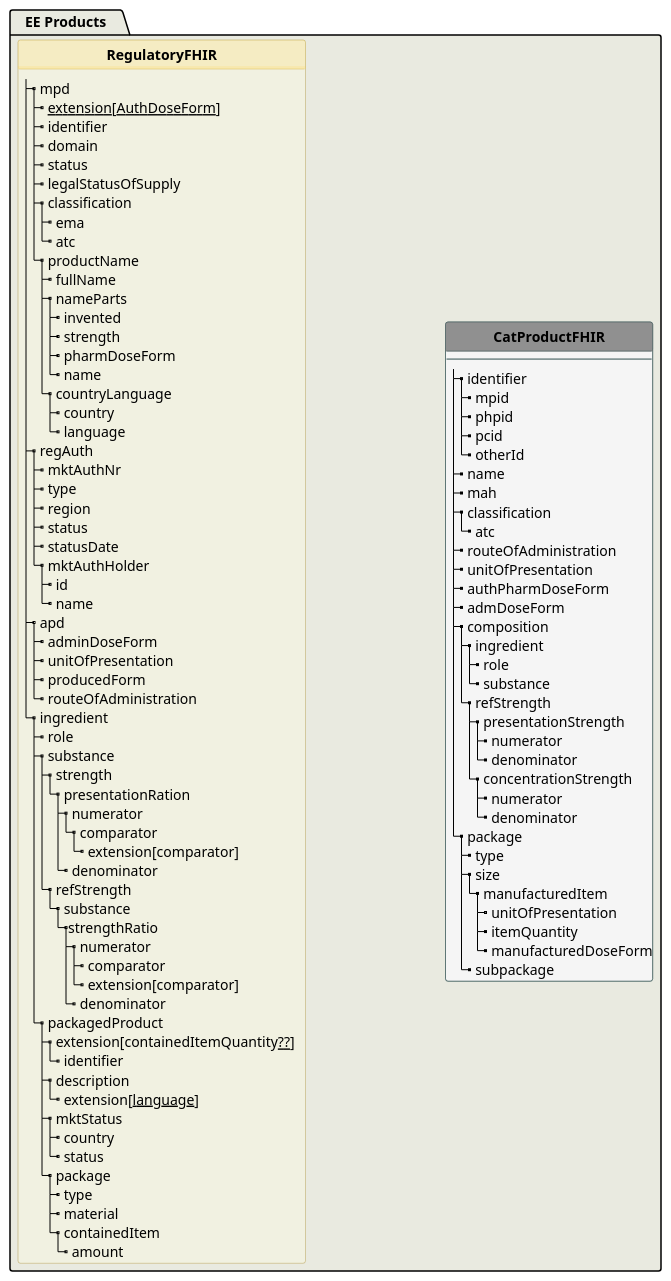
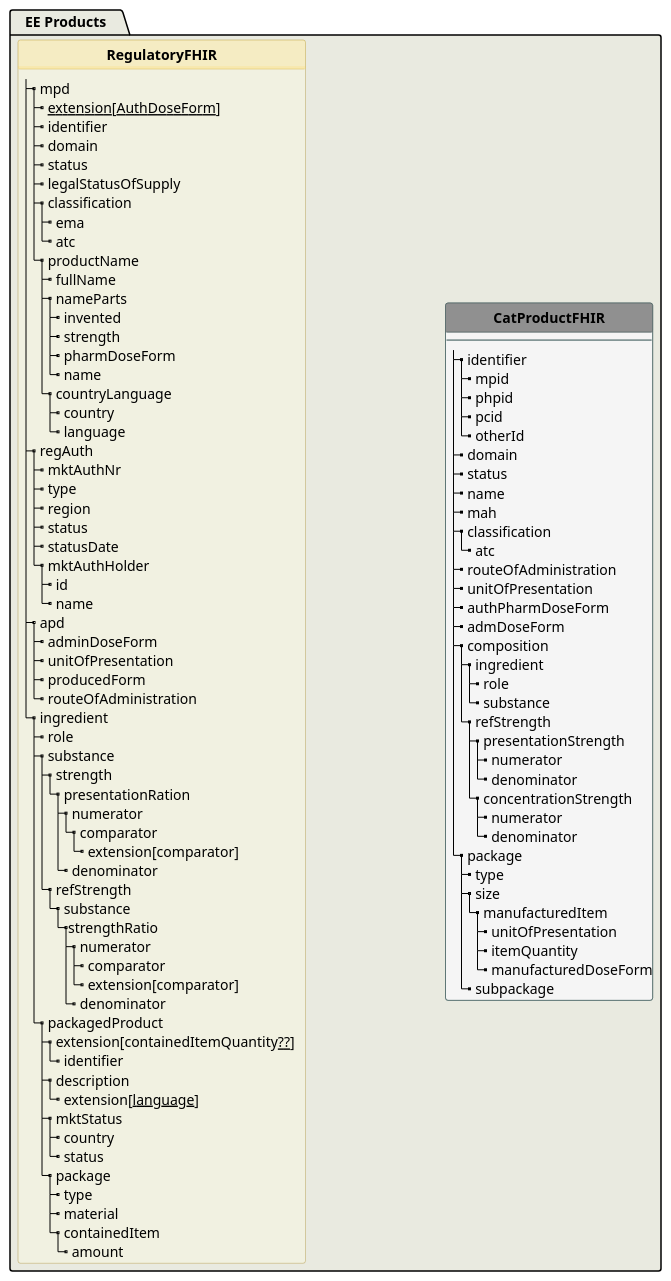
Before and after one commit to medigree/mpd5: the diagram in input/images-source/ee_product.plantuml, drawn with PlantUML.

```diff
--- a/input/images-source/ee_product.plantuml
+++ b/input/images-source/ee_product.plantuml
@@ -1,166 +1,168 @@
 @startuml
 hide stereotype
 hide circle
 skinparam linetype polyline
 skinparam shadowing false
 
 
 !pragma layout smetana
 
 
 
 skinparam class<<S>> {
  BorderColor DarkSlateGray
  BackgroundColor WhiteSmoke
  HeaderBackgroundColor #909090
 }
 
 skinparam class<<VMPP>> {
  BorderColor #997700
  BackgroundColor BUSINESS
  HeaderBackgroundColor #ffcc33
 }
 
 skinparam class<<PhP>> {
  BorderColor #505090
  BackgroundColor APPLICATION
  HeaderBackgroundColor SkyBlue
 }
 
 skinparam class<<Oth>> {
  BorderColor #99770055
  BackgroundColor #FFFFE055
  HeaderBackgroundColor #ffDD7344
  HeaderFontColor 	#ffcc3355
 }
 
 skinparam class<<MP>> {
  BorderColor DarkGreen
  BackgroundColor PHYSICAL
  HeaderBackgroundColor LimeGreen
 }
 
 
 skinparam class<<PMP>> {
  BorderColor DarkRed
  BackgroundColor MistyRose
  HeaderBackgroundColor #f09090
 }
 
 skinparam class<<VMPG>> {
  BorderColor DarkSlateGrey
  BackgroundColor #DEE
  HeaderBackgroundColor #A0B0B0
 }
 
 
 
   package "   EE Products    " as MR #E9EAE0 {
 
     class "**RegulatoryFHIR**" as VTM<<Oth>> {
 ' e.g. amlodipine
       |_ mpd
         |_ __extension[AuthDoseForm]__   
         |_ identifier
         |_ domain
         |_ status
         |_ legalStatusOfSupply
         |_ classification
           |_ ema
           |_ atc
         |_ productName
           |_ fullName
           |_ nameParts 
             |_ invented
             |_ strength
             |_ pharmDoseForm
             |_ name 
           |_ countryLanguage
             |_ country
             |_ language
       |_ regAuth
         |_ mktAuthNr
         |_ type
         |_ region
         |_ status
         |_ statusDate
         |_ mktAuthHolder
           |_ id
           |_ name
       |_ apd
         |_ adminDoseForm
         |_ unitOfPresentation
         |_ producedForm
         |_ routeOfAdministration
       |_ ingredient
         |_ role
         |_ substance
           |_ strength
             |_ presentationRation
               |_ numerator
                 |_ comparator
                   |_ extension[comparator]  
               |_ denominator
           |_ refStrength
             |_ substance
               |_strengthRatio
                 |_ numerator
                   |_ comparator
                   |_ extension[comparator]  
                 |_ denominator
         |_ packagedProduct
           |_ extension[containedItemQuantity__??__]   
             |_ identifier
           |_ description
             |_ extension[__language__]
           |_ mktStatus
             |_ country
             |_ status
           |_ package
             |_ type
             |_ material
             |_ containedItem
               |_ amount
     }
 
 
     class "** CatProductFHIR **" as CP<<S>> {
       --
       |_ identifier
         |_ mpid
         |_ phpid
         |_ pcid
         |_ otherId
+      |_ domain
+      |_ status
       |_ name 
       |_ mah
       |_ classification
         |_ atc
       |_ routeOfAdministration
       |_ unitOfPresentation
       |_ authPharmDoseForm
       |_ admDoseForm
       |_ composition
         |_ ingredient
           |_ role
           |_ substance
         |_ refStrength
           |_ presentationStrength 
             |_ numerator
             |_ denominator
           |_ concentrationStrength  
             |_ numerator
             |_ denominator
       |_ package
         |_ type
         |_ size
           |_ manufacturedItem
             |_ unitOfPresentation
             |_ itemQuantity
             |_ manufacturedDoseForm
         |_ subpackage            
     }
 
 VTM  -r[hidden]-> CP: "                                   "
 
 }
 @enduml
```
